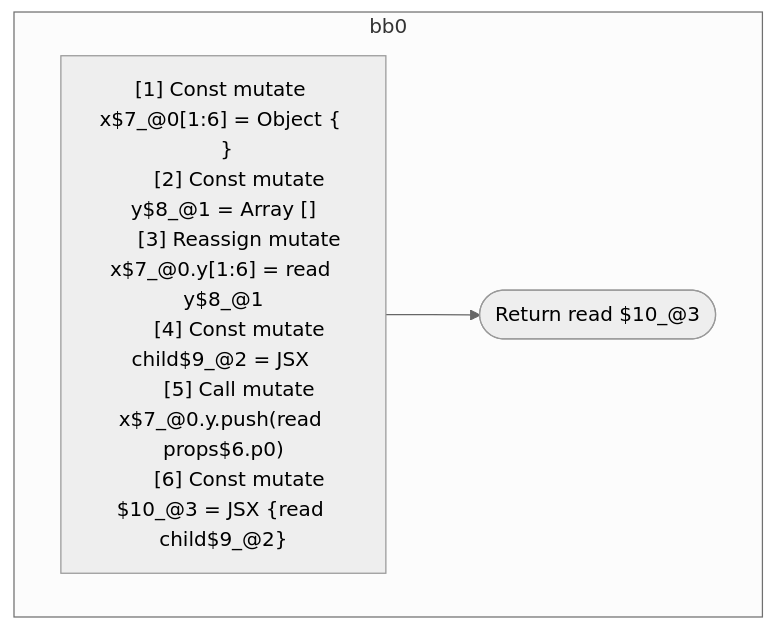
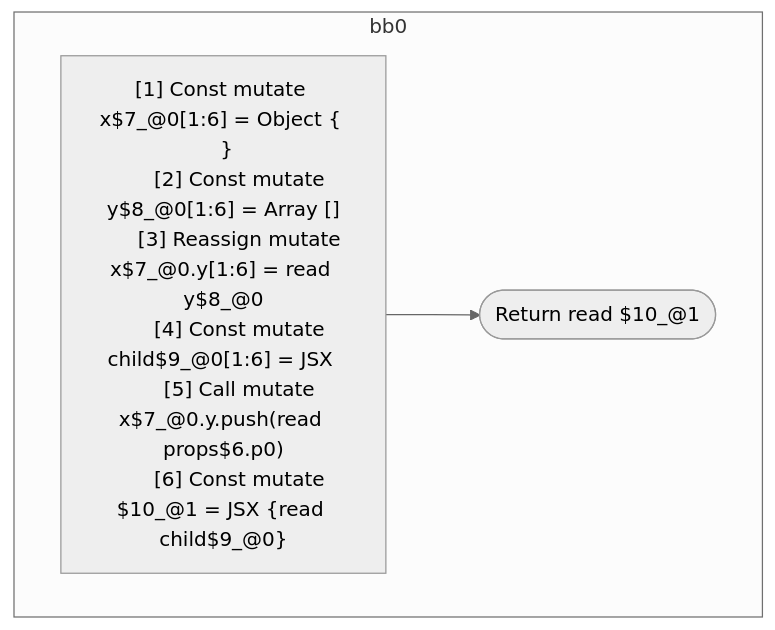
Before and after one commit to wutsmog/private: the diagram in compiler/forget/src/__tests__/fixtures/hir/property-assignment.expect.md, drawn with Mermaid (neutral theme). The commit also changed other lines of this file and 4 other files, not shown here.

````diff
--- a/compiler/forget/src/__tests__/fixtures/hir/property-assignment.expect.md
+++ b/compiler/forget/src/__tests__/fixtures/hir/property-assignment.expect.md
@@ -41,18 +38,18 @@
 ```mermaid
 flowchart TB
   %% Basic Blocks
   subgraph bb0
     bb0_instrs["
       [1] Const mutate x$7_@0[1:6] = Object {  }
-      [2] Const mutate y$8_@1 = Array []
-      [3] Reassign mutate x$7_@0.y[1:6] = read y$8_@1
-      [4] Const mutate child$9_@2 = JSX <read Component$0 data={freeze y$8_@1} ></read Component$0>
+      [2] Const mutate y$8_@0[1:6] = Array []
+      [3] Reassign mutate x$7_@0.y[1:6] = read y$8_@0
+      [4] Const mutate child$9_@0[1:6] = JSX <read Component$0 data={freeze y$8_@0} ></read Component$0>
       [5] Call mutate x$7_@0.y.push(read props$6.p0)
-      [6] Const mutate $10_@3 = JSX <read Component$0 data={freeze x$7_@0} >{read child$9_@2}</read Component$0>
+      [6] Const mutate $10_@1 = JSX <read Component$0 data={freeze x$7_@0} >{read child$9_@0}</read Component$0>
     "]
-    bb0_instrs --> bb0_terminal(["Return read $10_@3"])
+    bb0_instrs --> bb0_terminal(["Return read $10_@1"])
   end
 
   %% Jumps
   %% empty
 ```
````
